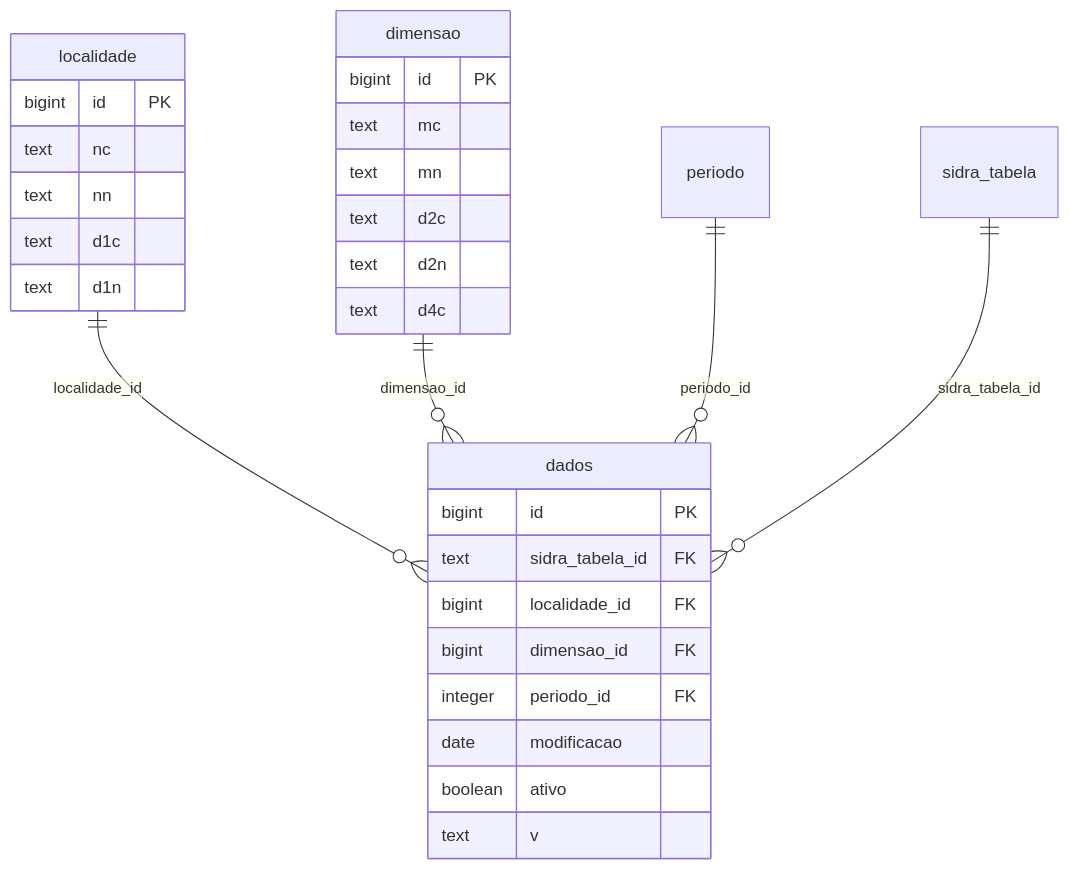
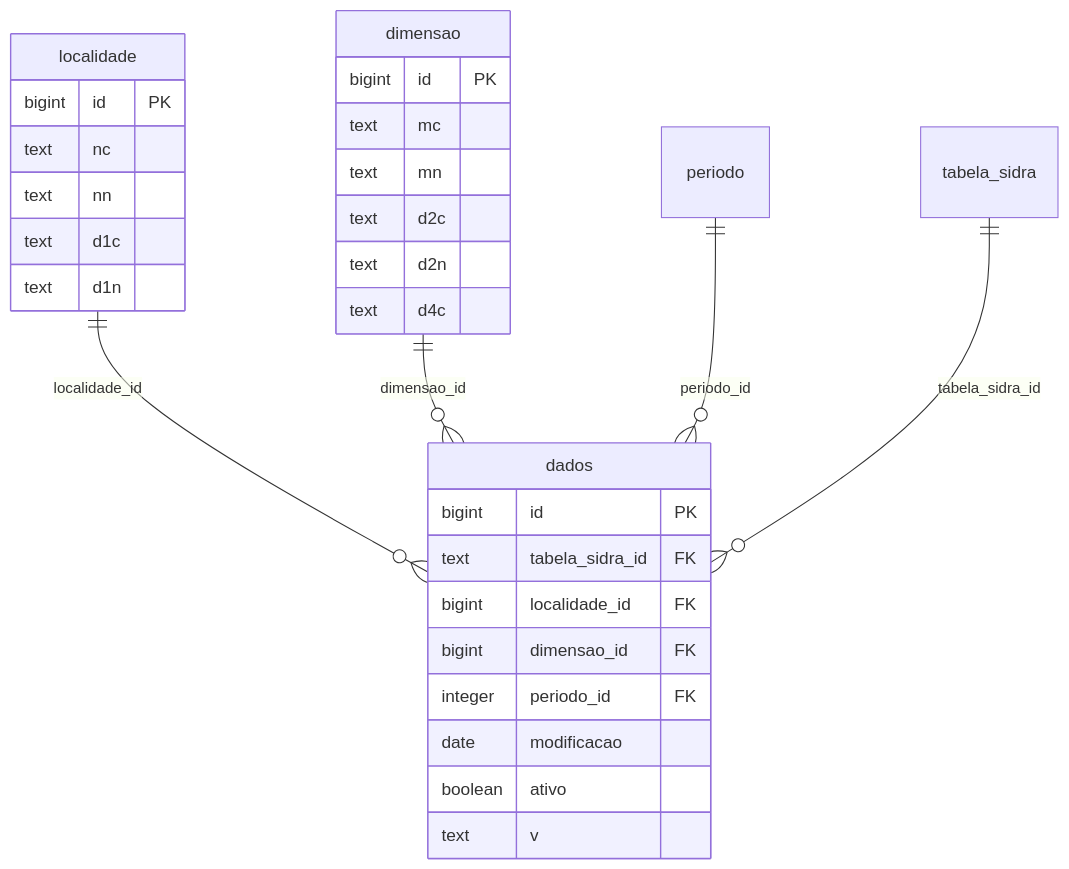
One commit to Quantilica/docs changed the second of 3 diagrams in docs/ibge/sidra-sql.md. Above: the diagram before and after it, drawn with Mermaid. The commit also changed other lines of this file and 4 other files, not shown here.

````diff
--- a/docs/ibge/sidra-sql.md
+++ b/docs/ibge/sidra-sql.md
@@ -95,33 +95,33 @@
 ```mermaid
 erDiagram
     localidade ||--o{ dados : localidade_id
     dimensao ||--o{ dados : dimensao_id
     periodo ||--o{ dados : periodo_id
-    sidra_tabela ||--o{ dados : sidra_tabela_id
+    tabela_sidra ||--o{ dados : tabela_sidra_id
 
     localidade {
         bigint id PK
         text nc
         text nn
         text d1c
         text d1n
     }
     dimensao {
         bigint id PK
         text mc
         text mn
         text d2c
         text d2n
         text d4c
     }
     dados {
         bigint id PK
-        text sidra_tabela_id FK
+        text tabela_sidra_id FK
         bigint localidade_id FK
         bigint dimensao_id FK
         integer periodo_id FK
         date modificacao
         boolean ativo
         text v
     }
 ```
````
